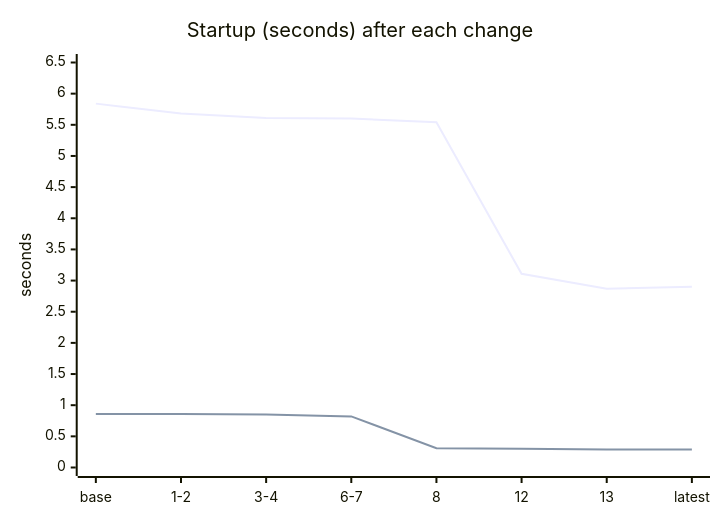
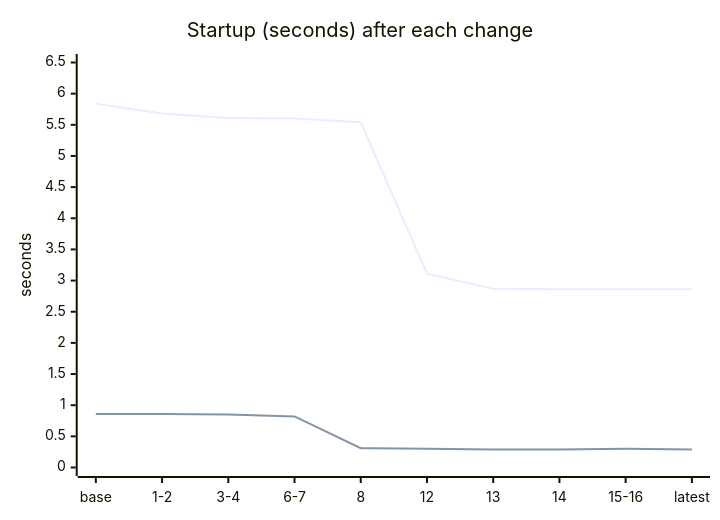
Before and after one commit to DinosaursAreCute/DinosAmazingBashTui: the sixth of 6 diagrams in docs/design/performance-journey.md, drawn with Mermaid. The commit also changed other lines of this file and 87 other files, not shown here.

````diff
--- a/docs/design/performance-journey.md
+++ b/docs/design/performance-journey.md
@@ -117,8 +124,8 @@
 ```mermaid
 xychart-beta
     title "Startup (seconds) after each change"
-    x-axis ["base", "1-2", "3-4", "6-7", "8", "12", "13", "latest"]
+    x-axis ["base", "1-2", "3-4", "6-7", "8", "12", "13", "14", "15-16", "latest"]
     y-axis "seconds" 0 --> 6.5
-    line [5.84, 5.68, 5.61, 5.60, 5.54, 3.11, 2.87, 2.90]
-    line [0.86, 0.86, 0.85, 0.82, 0.31, 0.30, 0.29, 0.29]
+    line [5.84, 5.68, 5.61, 5.60, 5.54, 3.11, 2.87, 2.86, 2.86, 2.86]
+    line [0.86, 0.86, 0.85, 0.82, 0.31, 0.30, 0.29, 0.29, 0.30, 0.29]
 ```
````
